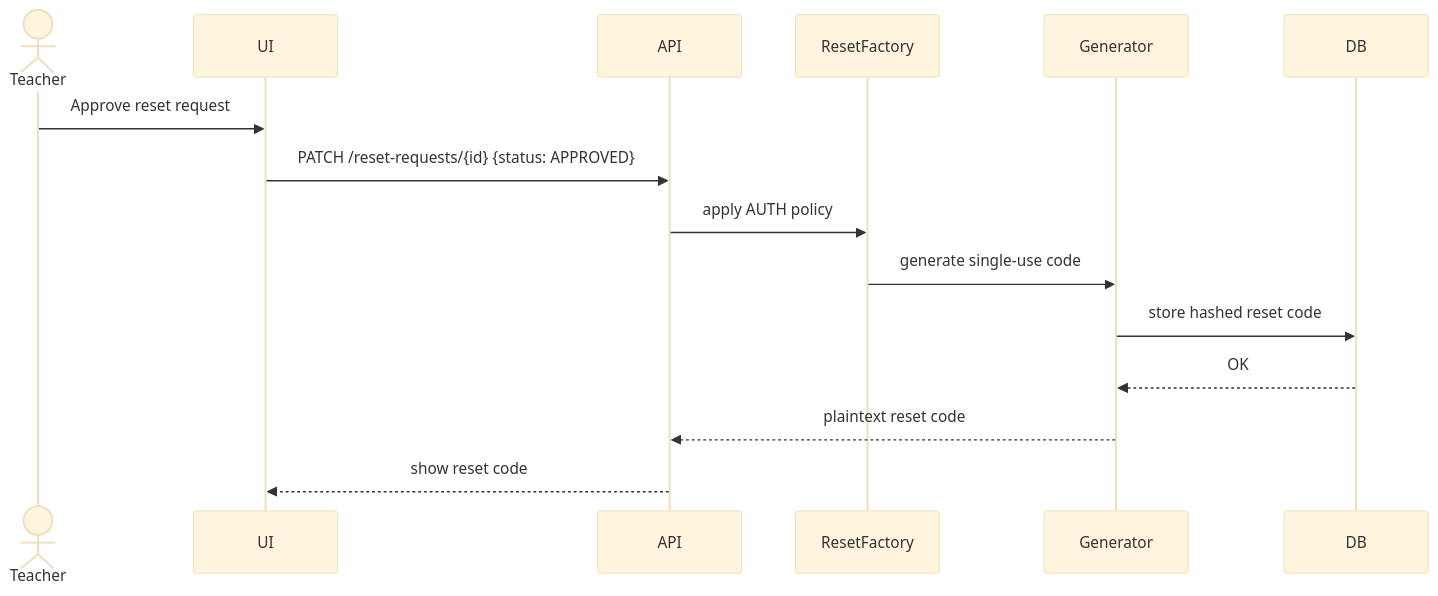
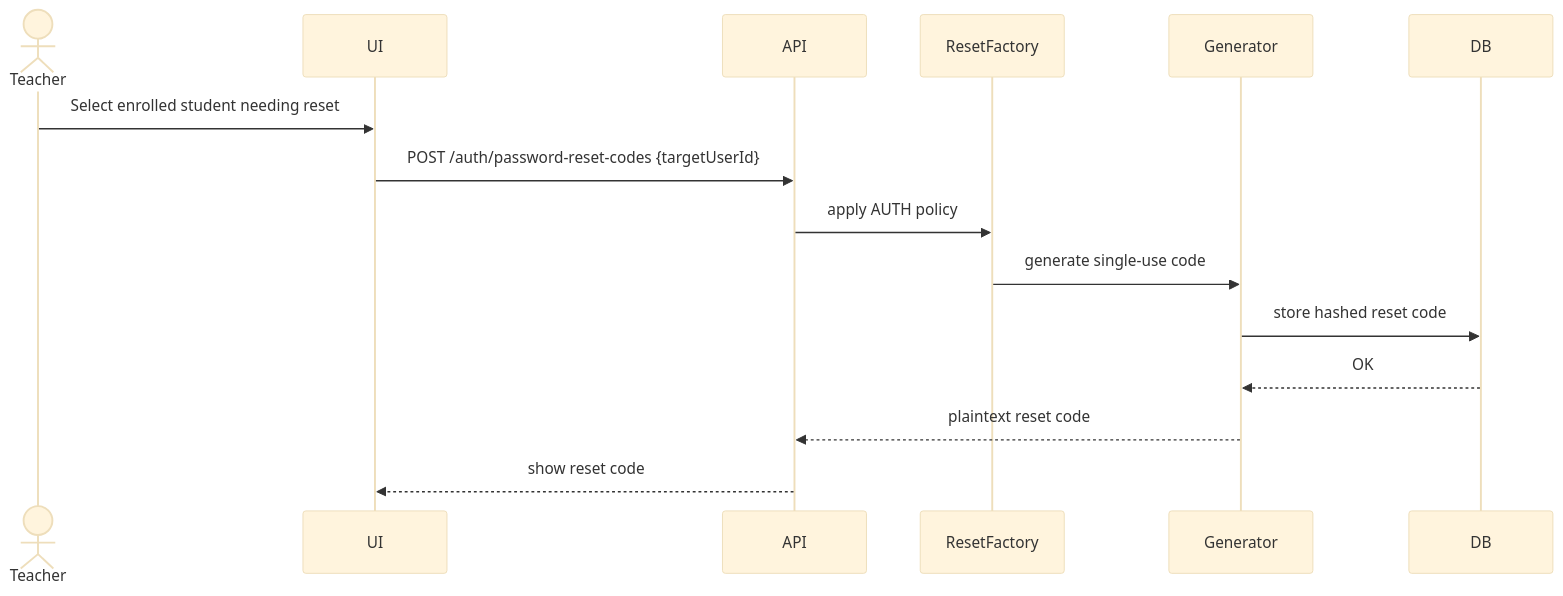
One commit to EswarTalasila/DjangoProject changed the third of 3 diagrams in Docs/Wiki/design/Code-Generation.md. Above: the diagram before and after it, drawn with Mermaid (base theme). The commit also changed other lines of this file and 5 other files, not shown here.

````diff
--- a/Docs/Wiki/design/Code-Generation.md
+++ b/Docs/Wiki/design/Code-Generation.md
@@ -153,18 +153,18 @@
 ```mermaid
 sequenceDiagram
   actor Teacher
   participant UI
   participant API
   participant ResetFactory
   participant Generator
   participant DB
 
-  Teacher->>UI: Approve reset request
-  UI->>API: PATCH /reset-requests/{id} {status: APPROVED}
+  Teacher->>UI: Select enrolled student needing reset
+  UI->>API: POST /auth/password-reset-codes {targetUserId}
   API->>ResetFactory: apply AUTH policy
   ResetFactory->>Generator: generate single-use code
   Generator->>DB: store hashed reset code
   DB-->>Generator: OK
   Generator-->>API: plaintext reset code
   API-->>UI: show reset code
 ```
````
